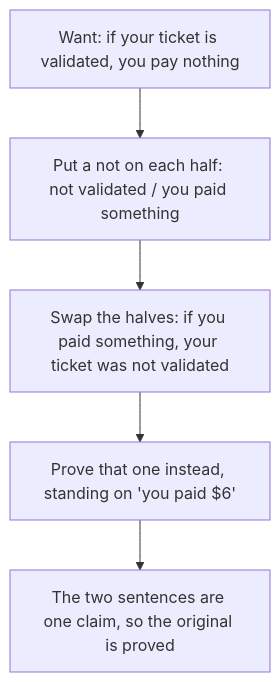
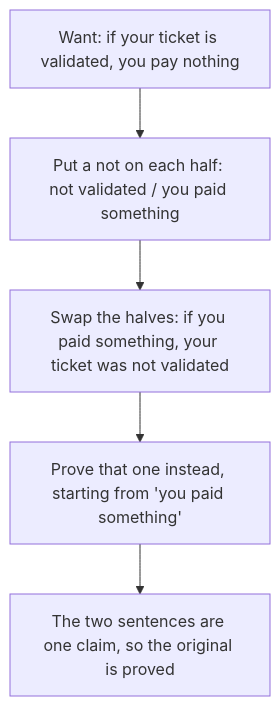
The diagram in Cards/01-Foundations/06-Proof/02-proof-by-contrapositive.md (wappy-x/Mathematics), drawn with Mermaid before and after one commit. The commit also changed other lines of this file and 8 other files, not shown here.

````diff
--- a/Cards/01-Foundations/06-Proof/02-proof-by-contrapositive.md
+++ b/Cards/01-Foundations/06-Proof/02-proof-by-contrapositive.md
@@ -25,7 +25,7 @@
 ```mermaid
 flowchart TD
   A["Want: if your ticket is validated, you pay nothing"] --> B["Put a not on each half: not validated / you paid something"]
   B --> C["Swap the halves: if you paid something, your ticket was not validated"]
-  C --> D["Prove that one instead, standing on 'you paid $6'"]
+  C --> D["Prove that one instead, starting from 'you paid something'"]
   D --> E["The two sentences are one claim, so the original is proved"]
 ```
````
